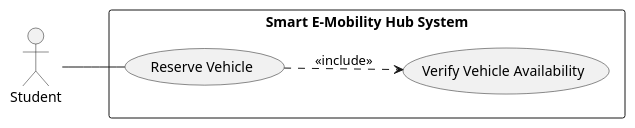
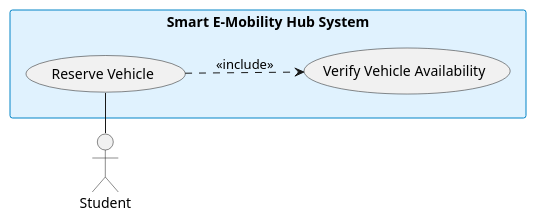
Before and after one commit to YdtTran/software-engineerning: the seventh of 30 diagrams in 01_Diagram/01_Usecase_Diagram/PLANTUML_ALL.md, drawn with PlantUML. The commit also changed other lines of this file and 217 other files, not shown here.

````diff
--- a/01_Diagram/01_Usecase_Diagram/PLANTUML_ALL.md
+++ b/01_Diagram/01_Usecase_Diagram/PLANTUML_ALL.md
@@ -181,18 +159,15 @@
 ```plantuml
 @startuml
 left to right direction
-skinparam packageStyle rectangle
 skinparam shadowing false
-
-actor "Student" as Student
-
+skinparam rectangleBackgroundColor #e0f2fe
+skinparam rectangleBorderColor #0284c7
+actor "Student" as actor_left
 rectangle "Smart E-Mobility Hub System" {
-    usecase "Reserve Vehicle" as UC_Reserve
-    usecase "Verify Vehicle Availability" as UC_Verify
-
-    UC_Reserve ..> UC_Verify : <<include>>
+  usecase "Reserve Vehicle" as uc_base
+  usecase "Verify Vehicle Availability" as uc_inc
 }
-
-Student -- UC_Reserve
+actor_left -right- uc_base
+uc_base ..> uc_inc : <<include>>
 @enduml
 ```
````
